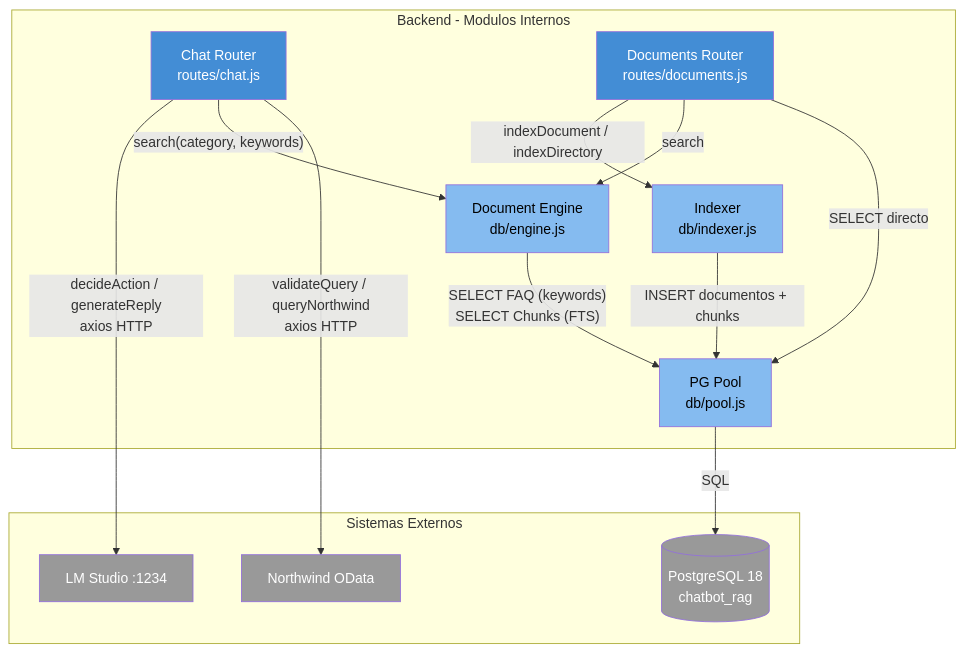
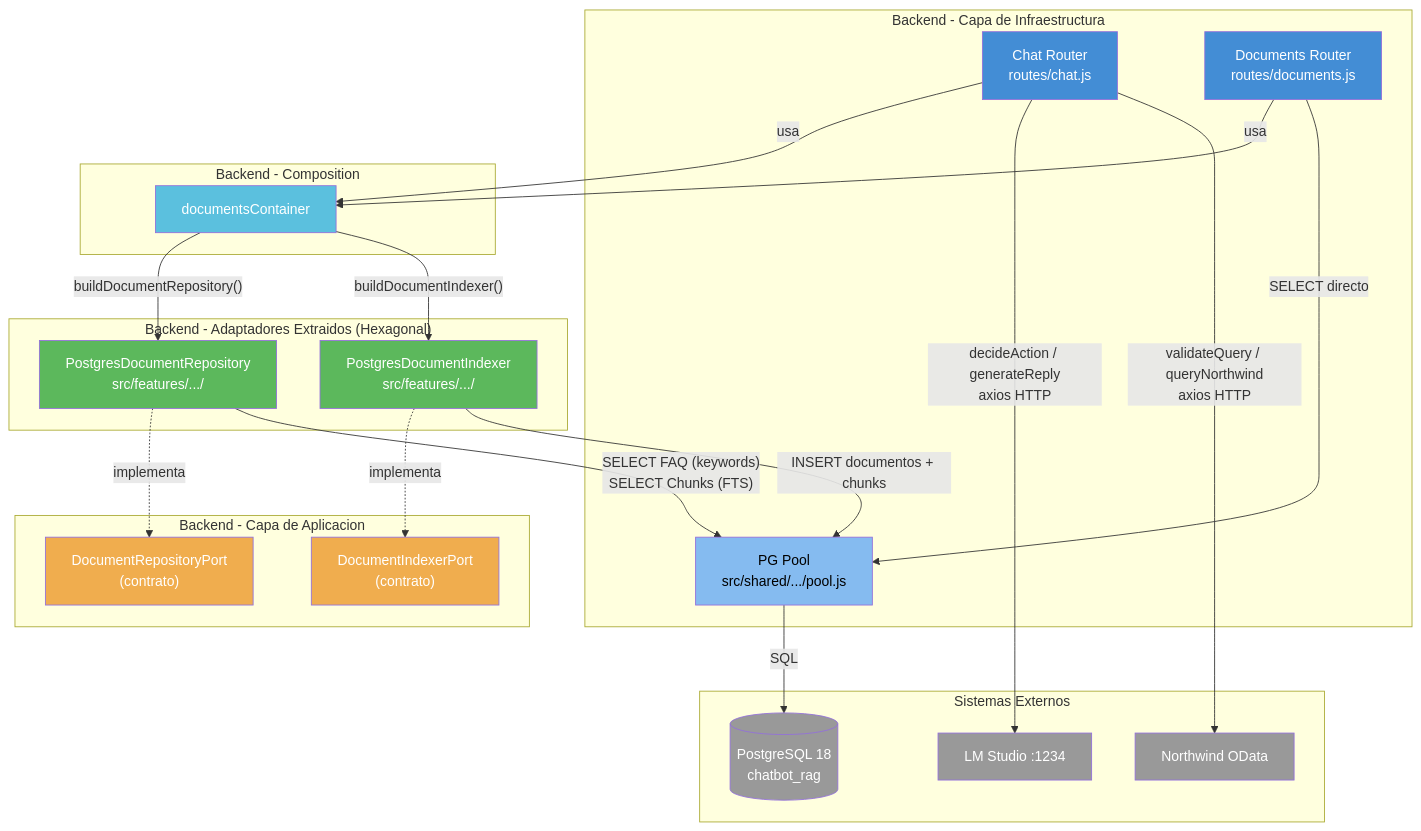
One commit to horangelmillan/chatbot-ia-local changed the diagram in docs/architecture/components.md. Above: the diagram before and after it, drawn with Mermaid. The commit also changed other lines of this file and 14 other files, not shown here.

First line of the commit message:
feat(backend): extract DocumentRepository + DocumentIndexer into hexagonal ports/adapters (Slices 1-2)

````diff
--- a/docs/architecture/components.md
+++ b/docs/architecture/components.md
@@ -14,35 +21,53 @@
 ```mermaid
 graph TB
-    subgraph "Backend - Modulos Internos"
+    subgraph "Backend - Capa de Infraestructura"
         CR["Chat Router<br/>routes/chat.js"]
         DR["Documents Router<br/>routes/documents.js"]
-        DE["Document Engine<br/>db/engine.js"]
-        IX["Indexer<br/>db/indexer.js"]
-        PL["PG Pool<br/>db/pool.js"]
+        PL["PG Pool<br/>src/shared/.../pool.js"]
+    end
+
+    subgraph "Backend - Adaptadores Extraidos (Hexagonal)"
+        PDR["PostgresDocumentRepository<br/>src/features/.../"]
+        PDI["PostgresDocumentIndexer<br/>src/features/.../"]
+    end
+
+    subgraph "Backend - Capa de Aplicacion"
+        DRP["DocumentRepositoryPort<br/>(contrato)"]
+        DIP["DocumentIndexerPort<br/>(contrato)"]
+    end
+
+    subgraph "Backend - Composition"
+        DC["documentsContainer"]
     end
 
     subgraph "Sistemas Externos"
         LLM["LM Studio :1234"]
         PG[("PostgreSQL 18<br/>chatbot_rag")]
         NW["Northwind OData"]
     end
 
+    DC -->|"buildDocumentRepository()"| PDR
+    DC -->|"buildDocumentIndexer()"| PDI
+    DR -->|"usa"| DC
+    CR -->|"usa"| DC
+    PDR -.->|"implementa"| DRP
+    PDI -.->|"implementa"| DIP
     CR -->|"decideAction / generateReply<br/>axios HTTP"| LLM
-    CR -->|"search(category, keywords)"| DE
     CR -->|"validateQuery / queryNorthwind<br/>axios HTTP"| NW
-    DR -->|"indexDocument / indexDirectory"| IX
-    DR -->|"search"| DE
     DR -->|"SELECT directo"| PL
-    IX -->|"INSERT documentos + chunks"| PL
-    DE -->|"SELECT FAQ (keywords)<br/>SELECT Chunks (FTS)"| PL
+    PDR -->|"SELECT FAQ (keywords)<br/>SELECT Chunks (FTS)"| PL
+    PDI -->|"INSERT documentos + chunks"| PL
     PL -->|"SQL"| PG
 
     style CR fill:#438dd5,color:#fff
     style DR fill:#438dd5,color:#fff
-    style DE fill:#85bbf0,color:#000
-    style IX fill:#85bbf0,color:#000
     style PL fill:#85bbf0,color:#000
+    style PDR fill:#5cb85c,color:#fff
+    style PDI fill:#5cb85c,color:#fff
+    style DRP fill:#f0ad4e,color:#fff
+    style DIP fill:#f0ad4e,color:#fff
+    style DC fill:#5bc0de,color:#fff
     style LLM fill:#999999,color:#fff
     style NW fill:#999999,color:#fff
     style PG fill:#999999,color:#fff
 ```
````
